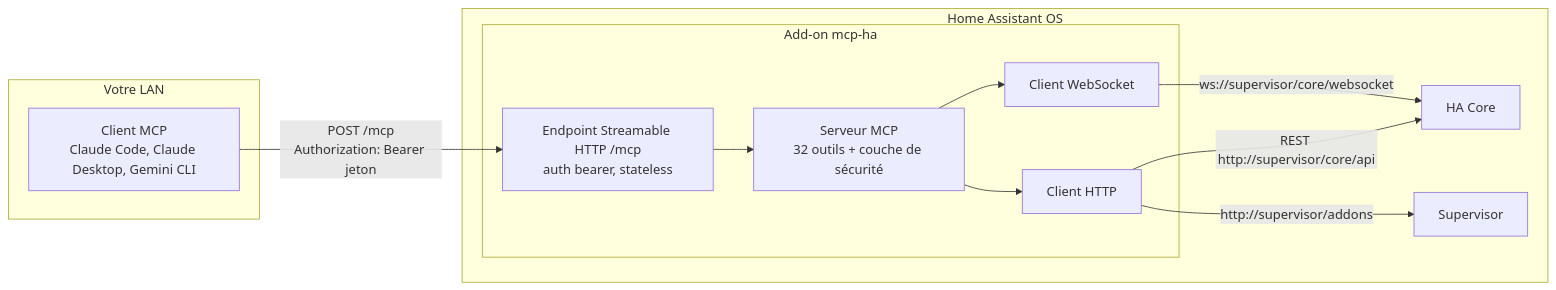
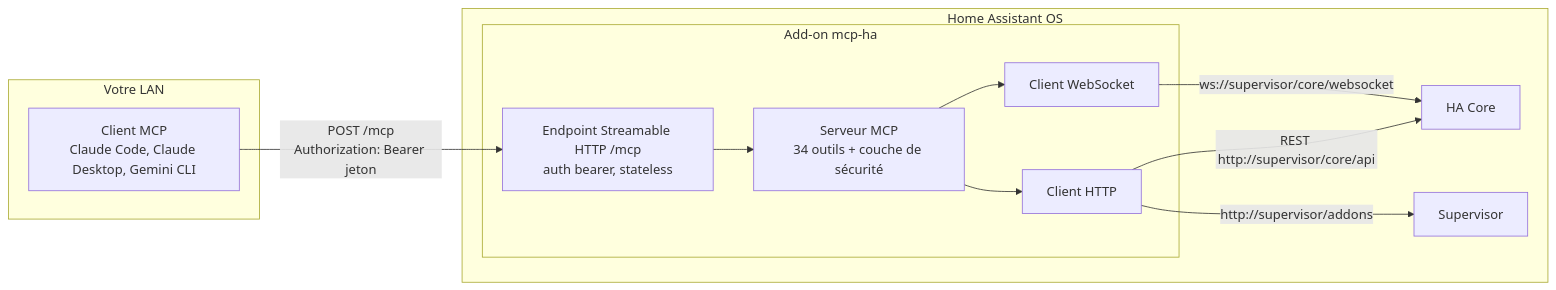
Before and after one commit to Devitek/mcp-ha: the first of 3 diagrams in docs/fr/reference/architecture.md, drawn with Mermaid. The commit also changed 21 other files, not shown here.

````diff
--- a/docs/fr/reference/architecture.md
+++ b/docs/fr/reference/architecture.md
@@ -7,23 +7,23 @@
 ```mermaid
 flowchart LR
   subgraph lan["Votre LAN"]
     C["Client MCP<br/>Claude Code, Claude Desktop, Gemini CLI"]
   end
   subgraph haos["Home Assistant OS"]
     subgraph addon["Add-on mcp-ha"]
       T["Endpoint Streamable HTTP /mcp<br/>auth bearer, stateless"]
-      S["Serveur MCP<br/>32 outils + couche de sécurité"]
+      S["Serveur MCP<br/>34 outils + couche de sécurité"]
       W["Client WebSocket"]
       H["Client HTTP"]
       T --> S
       S --> W
       S --> H
     end
     CORE["HA Core"]
     SUP["Supervisor"]
     W -->|"ws://supervisor/core/websocket"| CORE
     H -->|"REST http://supervisor/core/api"| CORE
     H -->|"http://supervisor/addons"| SUP
   end
   C -->|"POST /mcp<br/>Authorization: Bearer jeton"| T
 ```
````
